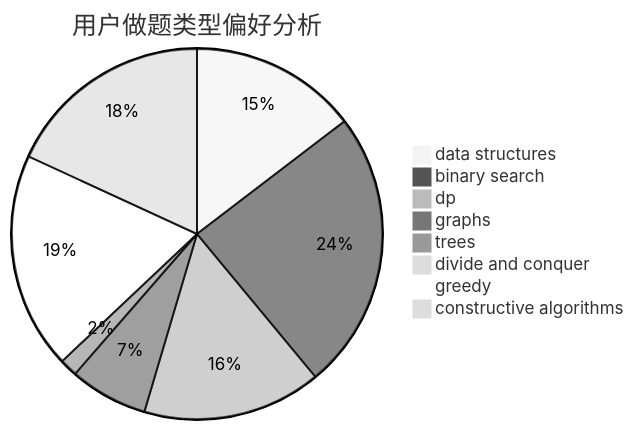
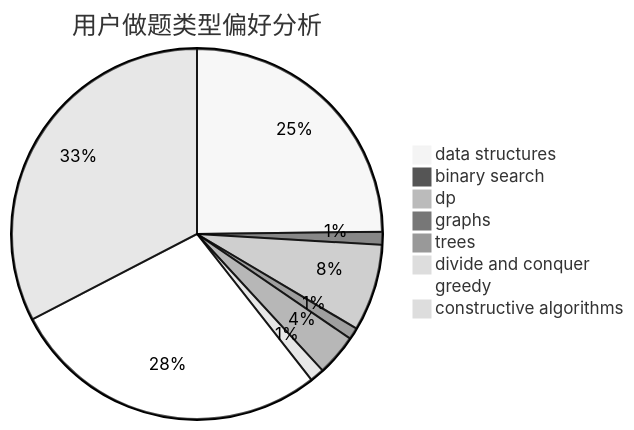
The second of 3 diagrams in docs/user/u892.md (sherpahu/cfrs.github.io), drawn with Mermaid (neutral theme) before and after one commit. The commit also changed other lines of this file and 2770 other files, not shown here.

````diff
--- a/docs/user/u892.md
+++ b/docs/user/u892.md
@@ -23,11 +23,11 @@
 ```mermaid
 pie title 用户做题类型偏好分析
-    "data structures" :  75
-    "binary search" :  125
-    "dp" :  80
-    "graphs" :  35
-    "trees" :  8
-    "divide and conquer" :  0
-    "greedy" :  97
-    "constructive algorithms" :  93
+    "data structures" :  219
+    "binary search" :  10
+    "dp" :  67
+    "graphs" :  9
+    "trees" :  32
+    "divide and conquer" :  11
+    "greedy" :  247
+    "constructive algorithms" :  288
 ```
````
